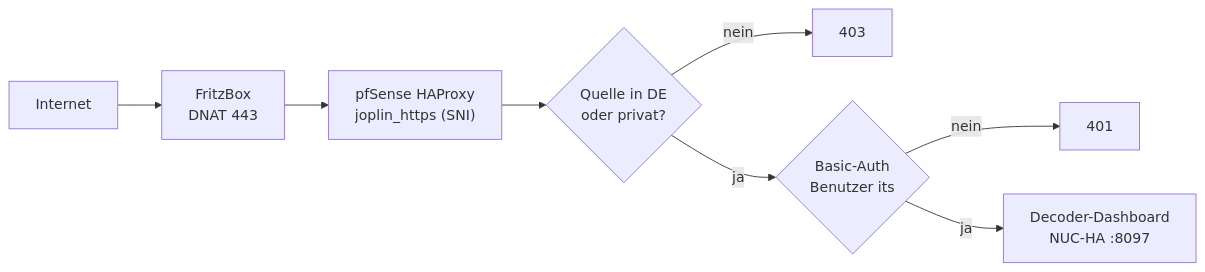
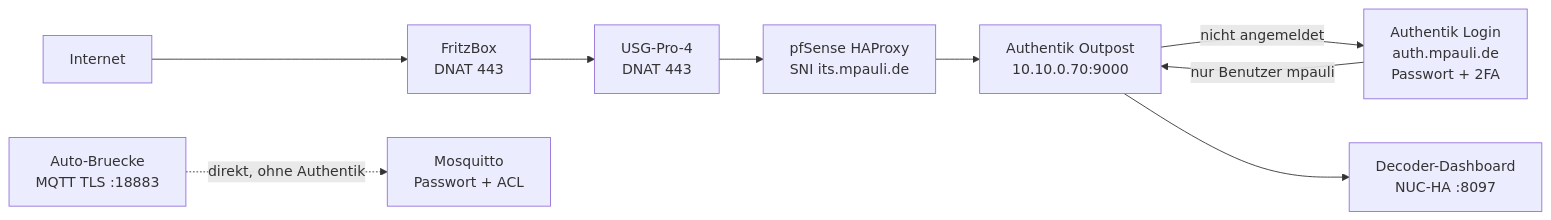
One commit to icepaule/Ice-Traffic-Data changed the diagram in docs/diagrams/13-dashboard-veroeffentlichen-0.mmd. Above: the diagram before and after it, drawn with Mermaid. The commit also changed 9 other files, not shown here.

Commit message:
Dashboard hinter Authentik SSO+2FA (nur mpauli); MQTT-TLS bleibt direkt

```diff
--- a/docs/diagrams/13-dashboard-veroeffentlichen-0.mmd
+++ b/docs/diagrams/13-dashboard-veroeffentlichen-0.mmd
@@ -1,8 +1,9 @@
 flowchart LR
     I["Internet"] --> F["FritzBox<br/>DNAT 443"]
-    F --> H["pfSense HAProxy<br/>joplin_https (SNI)"]
-    H --> G{"Quelle in DE<br/>oder privat?"}
-    G -- nein --> X["403"]
-    G -- ja --> A{"Basic-Auth<br/>Benutzer its"}
-    A -- nein --> U["401"]
-    A -- ja --> D["Decoder-Dashboard<br/>NUC-HA :8097"]
+    F --> U["USG-Pro-4<br/>DNAT 443"]
+    U --> H["pfSense HAProxy<br/>SNI its.mpauli.de"]
+    H --> O["Authentik Outpost<br/>10.10.0.70:9000"]
+    O -- "nicht angemeldet" --> A["Authentik Login<br/>auth.mpauli.de<br/>Passwort + 2FA"]
+    A -- "nur Benutzer mpauli" --> O
+    O --> D["Decoder-Dashboard<br/>NUC-HA :8097"]
+    M["Auto-Bruecke<br/>MQTT TLS :18883"] -. "direkt, ohne Authentik" .-> B["Mosquitto<br/>Passwort + ACL"]
```
